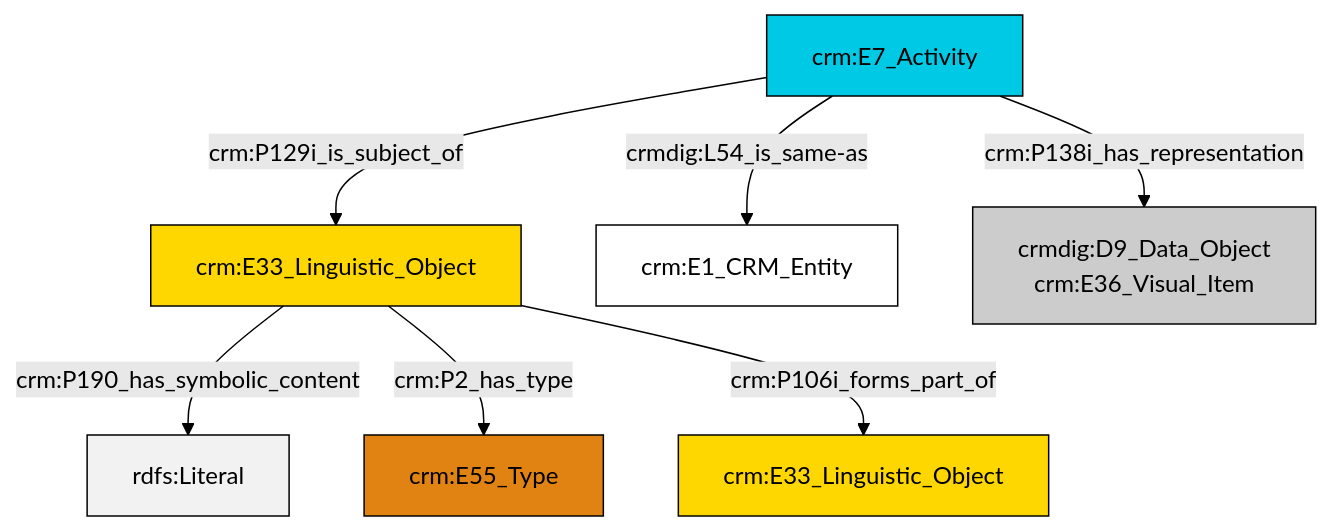
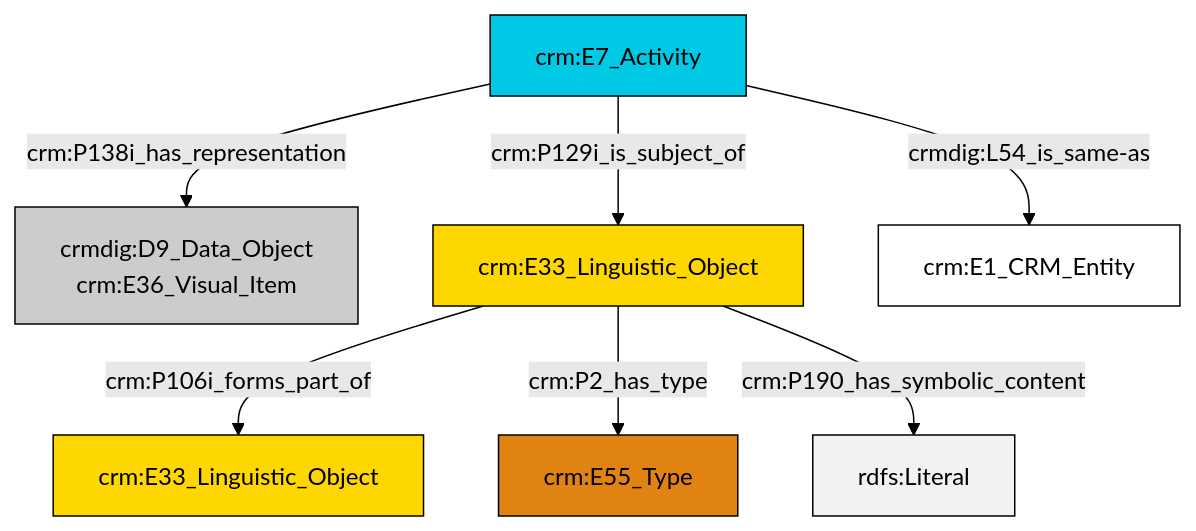
Before and after one commit to swiss-art-research-net/docs.swissartresearch: the diagram in et/eventCSV/ttl/mmd/event_documentation.ttl.mmd, drawn with Mermaid (forest theme). The commit also changed 176 other files, not shown here.

```diff
--- a/et/eventCSV/ttl/mmd/event_documentation.ttl.mmd
+++ b/et/eventCSV/ttl/mmd/event_documentation.ttl.mmd
@@ -1,21 +1,21 @@
 graph TD
 classDef Literal fill:#f2f2f2,stroke:#000000;
 classDef CRM_Entity fill:#FFFFFF,stroke:#000000;
 classDef Temporal_Entity fill:#00C9E6, stroke:#000000;
 classDef Type fill:#E18312, stroke:#000000;
 classDef Time-Span fill:#2C9C91, stroke:#000000;
 classDef Appellation fill:#FFEB7F, stroke:#000000;
 classDef Place fill:#008836, stroke:#000000;
 classDef Persistent_Item fill:#B266B2, stroke:#000000;
 classDef Conceptual_Object fill:#FFD700, stroke:#000000;
 classDef Physical_Thing fill:#D2B48C, stroke:#000000;
 classDef Actor fill:#f58aad, stroke:#000000;
 classDef PC_Classes fill:#4ce600, stroke:#000000;
 classDef Multi fill:#cccccc,stroke:#000000;
 
-2["crm:E33_Linguistic_Object"]:::Conceptual_Object -->|crm:P190_has_symbolic_content| 3[rdfs:Literal]:::Literal
-0["crm:E7_Activity"]:::Temporal_Entity -->|crmdig:L54_is_same-as| 4["crm:E1_CRM_Entity"]:::CRM_Entity
-0["crm:E7_Activity"]:::Temporal_Entity -->|crm:P129i_is_subject_of| 2["crm:E33_Linguistic_Object"]:::Conceptual_Object
-0["crm:E7_Activity"]:::Temporal_Entity -->|crm:P138i_has_representation| 10["crmdig:D9_Data_Object<br>crm:E36_Visual_Item"]:::Multi
-2["crm:E33_Linguistic_Object"]:::Conceptual_Object -->|crm:P2_has_type| 8["crm:E55_Type"]:::Type
-2["crm:E33_Linguistic_Object"]:::Conceptual_Object -->|crm:P106i_forms_part_of| 6["crm:E33_Linguistic_Object"]:::Conceptual_Object
+2["crm:E33_Linguistic_Object"]:::Conceptual_Object -->|crm:P106i_forms_part_of| 3["crm:E33_Linguistic_Object"]:::Conceptual_Object
+5["crm:E7_Activity"]:::Temporal_Entity -->|crm:P129i_is_subject_of| 2["crm:E33_Linguistic_Object"]:::Conceptual_Object
+2["crm:E33_Linguistic_Object"]:::Conceptual_Object -->|crm:P2_has_type| 7["crm:E55_Type"]:::Type
+2["crm:E33_Linguistic_Object"]:::Conceptual_Object -->|crm:P190_has_symbolic_content| 9[rdfs:Literal]:::Literal
+5["crm:E7_Activity"]:::Temporal_Entity -->|crmdig:L54_is_same-as| 12["crm:E1_CRM_Entity"]:::CRM_Entity
+5["crm:E7_Activity"]:::Temporal_Entity -->|crm:P138i_has_representation| 0["crmdig:D9_Data_Object<br>crm:E36_Visual_Item"]:::Multi
```
